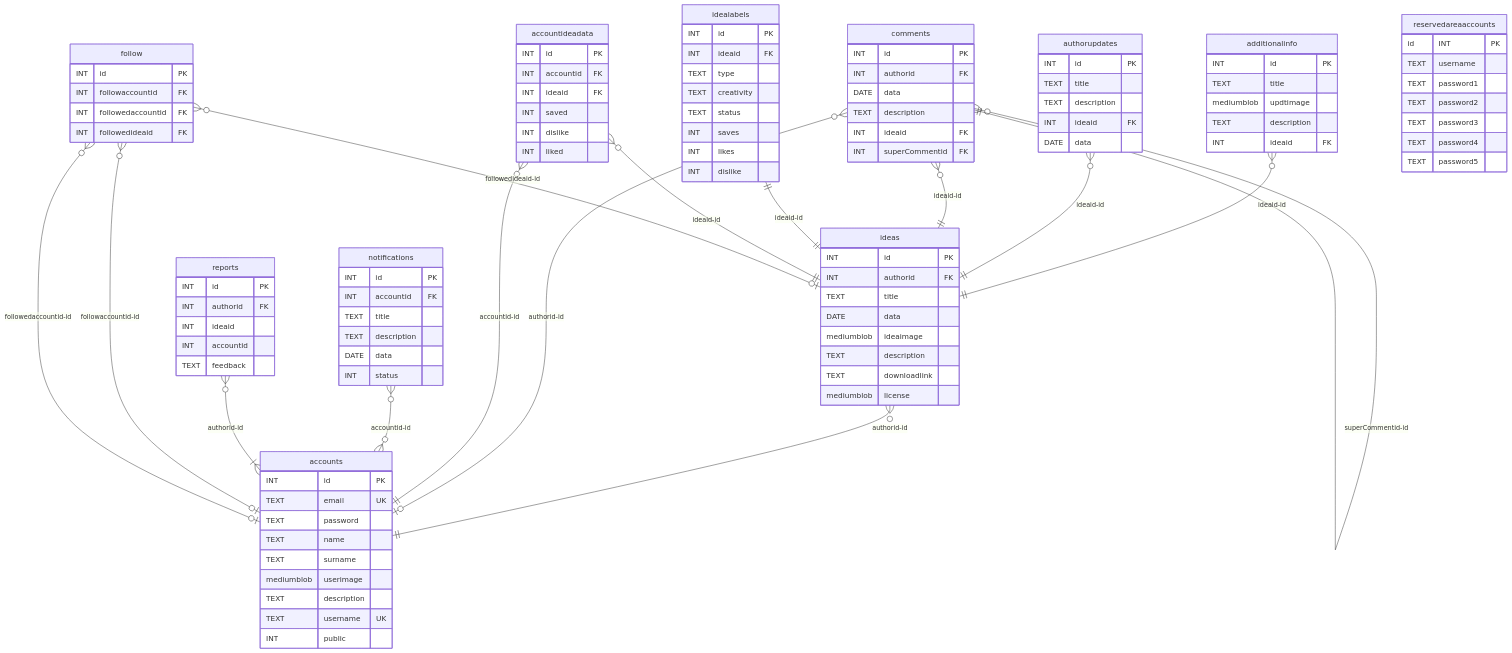
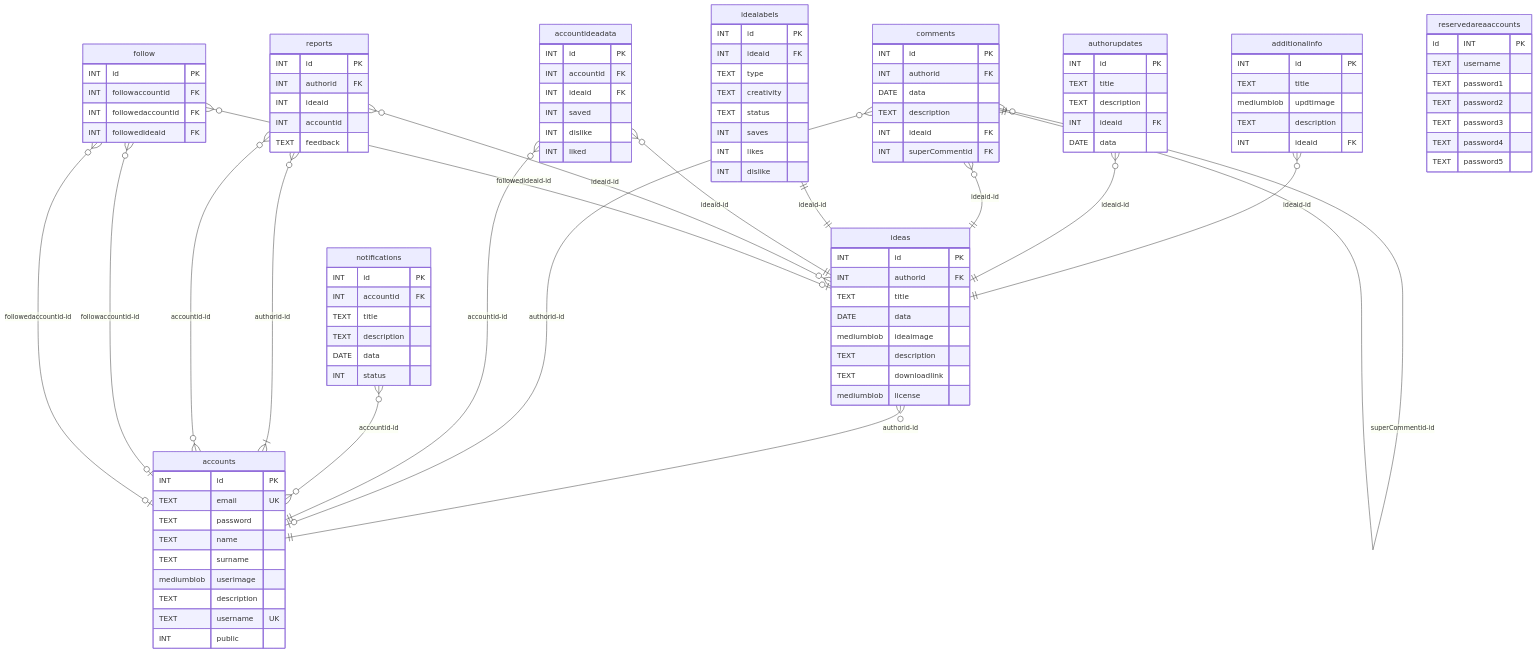
One commit to gianluca-rainis/FreeIdeas changed diagram 12 of 12 in TECHNICAL_REPORT.md. Above: the diagram before and after it, drawn with Mermaid. The commit also changed other lines of this file, not shown here.

```diff
--- a/TECHNICAL_REPORT.md
+++ b/TECHNICAL_REPORT.md
@@ -589,6 +616,8 @@
     accountideadata }o -- || accounts : accountid-id
     notifications }o -- o{ accounts : accountid-id
     reports }o -- |{ accounts : authorid-id
+    reports }o -- o{ ideas : ideaid-id
+    reports }o -- o{ accounts : accountid-id
     follow }o -- o| accounts : followaccountid-id
     follow }o -- o| accounts : followedaccountid-id
     follow }o -- o| ideas : followedideaid-id
```
